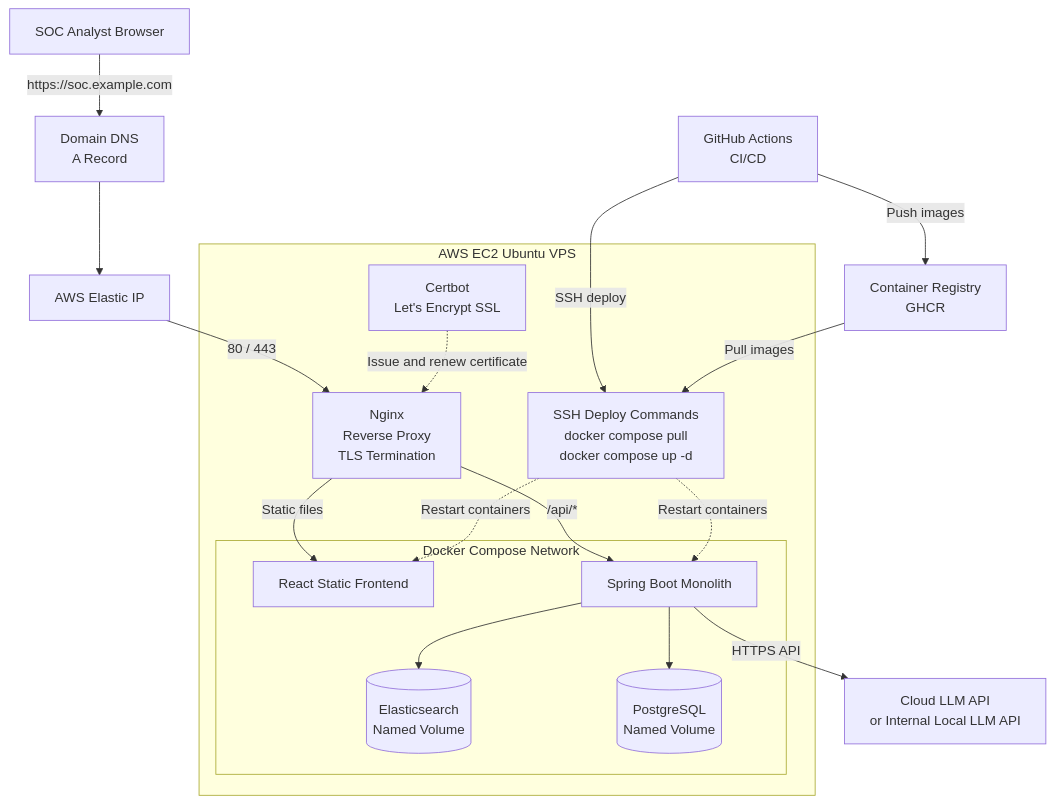
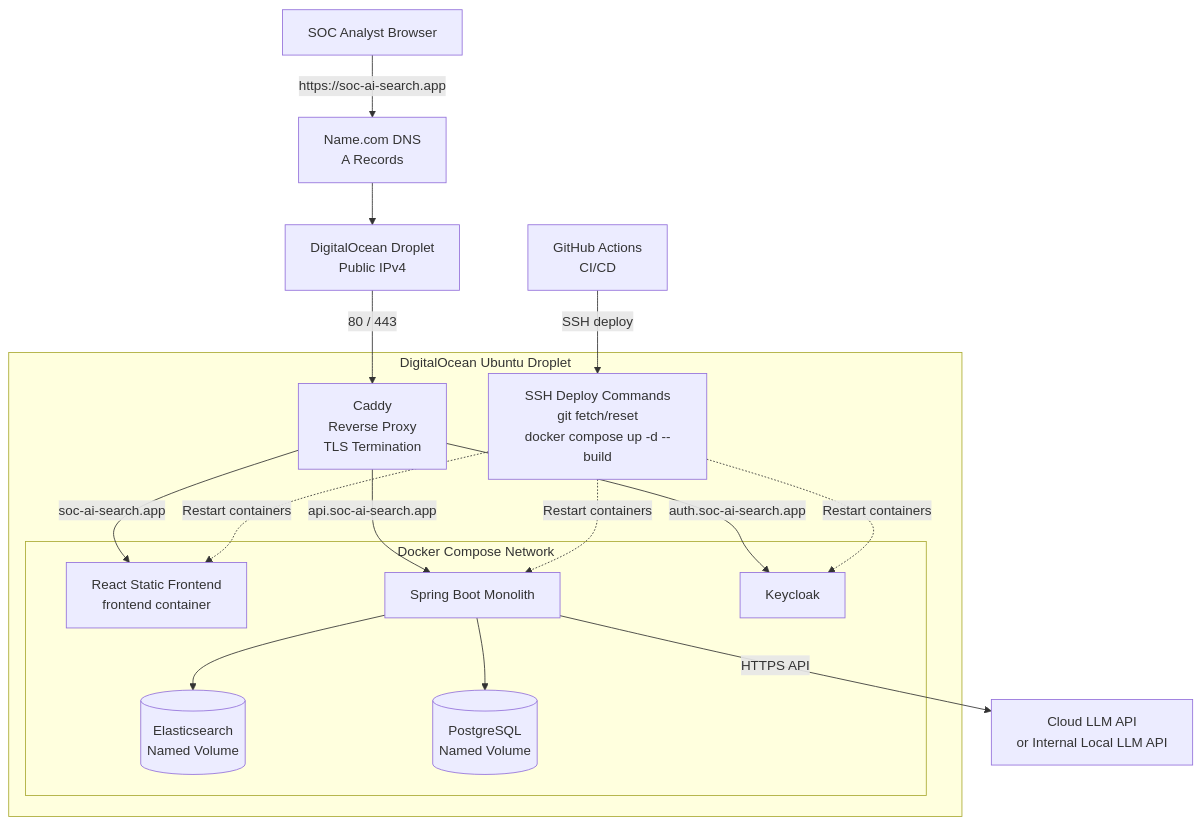
Before and after one commit to PhamVanMinhBinhThuan/soc-ai-search: the sixth of 7 diagrams in docs/architecture.md, drawn with Mermaid. The commit also changed other lines of this file and 8 other files, not shown here.

````diff
--- a/docs/architecture.md
+++ b/docs/architecture.md
@@ -350,39 +350,36 @@
 ```mermaid
 flowchart TB
     User["SOC Analyst Browser"]
-    DNS["Domain DNS<br/>A Record"]
-    IP["AWS Elastic IP"]
+    DNS["Name.com DNS<br/>A Records"]
+    IP["DigitalOcean Droplet<br/>Public IPv4"]
 
-    subgraph AWS["AWS EC2 Ubuntu VPS"]
-        NGINX["Nginx<br/>Reverse Proxy<br/>TLS Termination"]
-        DEPLOY["SSH Deploy Commands<br/>docker compose pull<br/>docker compose up -d"]
+    subgraph VPS["DigitalOcean Ubuntu Droplet"]
+        CADDY["Caddy<br/>Reverse Proxy<br/>TLS Termination"]
+        DEPLOY["SSH Deploy Commands<br/>git fetch/reset<br/>docker compose up -d --build"]
 
         subgraph Compose["Docker Compose Network"]
-            FE["React Static Frontend"]
+            FE["React Static Frontend<br/>frontend container"]
             BE["Spring Boot Monolith"]
+            KC["Keycloak"]
             ES[("Elasticsearch<br/>Named Volume")]
             PG[("PostgreSQL<br/>Named Volume")]
         end
-
-        CERT["Certbot<br/>Let's Encrypt SSL"]
     end
 
     LLM["Cloud LLM API<br/>or Internal Local LLM API"]
     GH["GitHub Actions<br/>CI/CD"]
-    REG["Container Registry<br/>GHCR"]
 
-    User -->|"https://soc.example.com"| DNS
+    User -->|"https://soc-ai-search.app"| DNS
     DNS --> IP
-    IP -->|"80 / 443"| NGINX
-    NGINX -->|"Static files"| FE
-    NGINX -->|"/api/*"| BE
+    IP -->|"80 / 443"| CADDY
+    CADDY -->|"soc-ai-search.app"| FE
+    CADDY -->|"api.soc-ai-search.app"| BE
+    CADDY -->|"auth.soc-ai-search.app"| KC
     BE --> ES
     BE --> PG
     BE -->|"HTTPS API"| LLM
-    CERT -.->|"Issue and renew certificate"| NGINX
-    GH -->|"Push images"| REG
     GH -->|"SSH deploy"| DEPLOY
-    REG -->|"Pull images"| DEPLOY
     DEPLOY -.->|"Restart containers"| FE
     DEPLOY -.->|"Restart containers"| BE
+    DEPLOY -.->|"Restart containers"| KC
 ```
````
